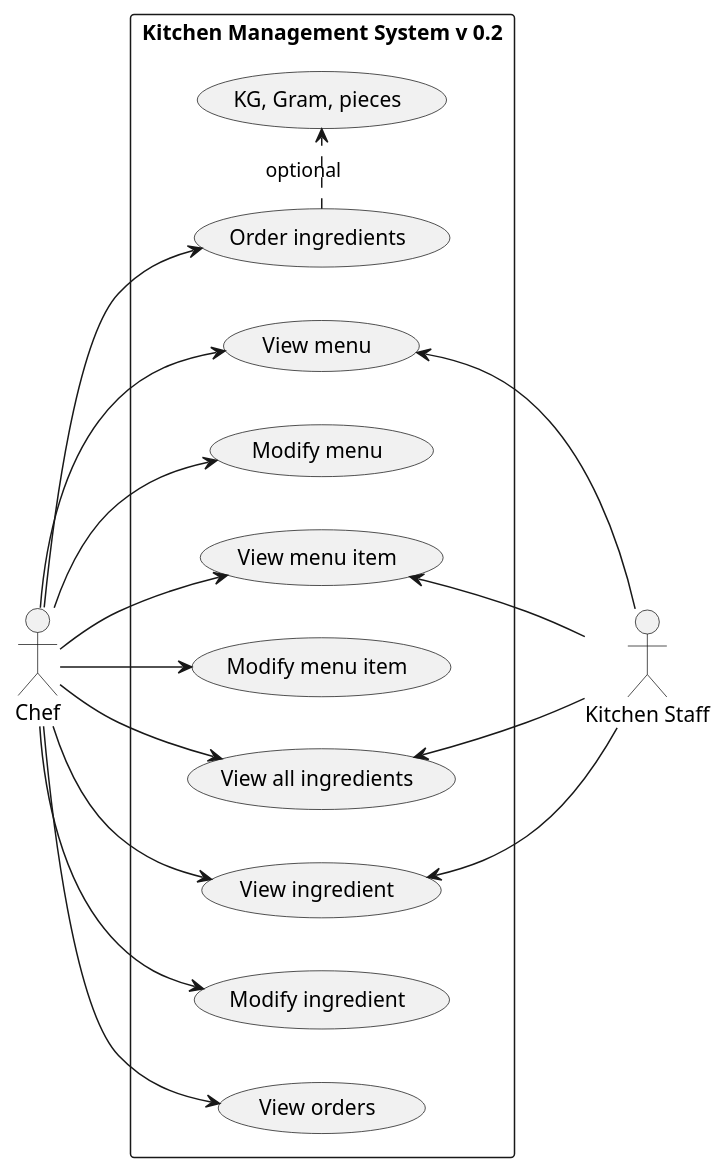
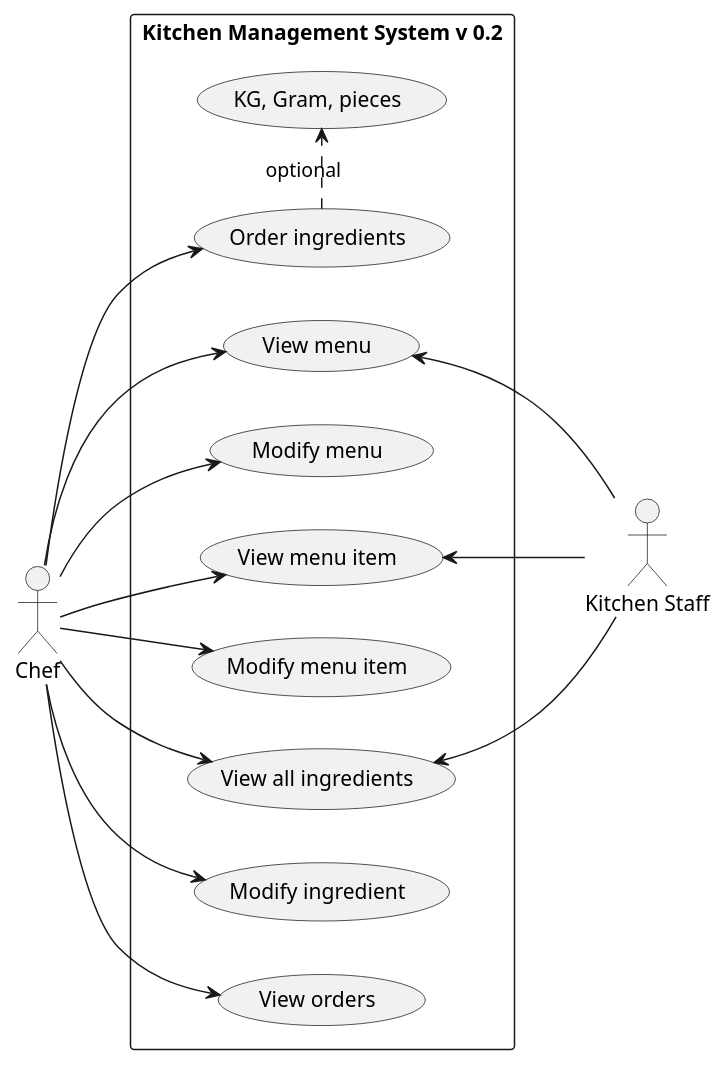
The diagram in src/main/docs/uml/use-case/restaurant/kitchen.puml (mrjink/molveno), drawn with PlantUML before and after one commit.

Commit message:
Removed view ingredient

```diff
--- a/src/main/docs/uml/use-case/restaurant/kitchen.puml
+++ b/src/main/docs/uml/use-case/restaurant/kitchen.puml
@@ -1,41 +1,38 @@
 @startuml
 
 left to right direction
 
 actor Chef
 actor "Kitchen Staff" as KS
 
 rectangle "Kitchen Management System v 0.2" {
     (View menu) as (MenuView)
     (Modify menu) as (MenuUpdate)
 
     (View menu item) as (MenuItemView)
     (Modify menu item) as (MenuItemUpdate)
 
     (View all ingredients) as (IngredientAll)
-    (View ingredient) as (IngredientView)
     (Modify ingredient) as (IngredientUpdate)
     (Order ingredients) as (IngredientOrder)
     (View orders) as (KitchenOrderView)
     (KG, Gram, pieces) as (IngredientQuantity)
 
     (IngredientOrder) .> (IngredientQuantity) : optional
 
     Chef --> (MenuView)
     Chef --> (MenuUpdate)
     Chef --> (MenuItemView)
     Chef --> (MenuItemUpdate)
 
     Chef --> (IngredientAll)
-    Chef --> (IngredientView)
     Chef --> (IngredientUpdate)
     Chef --> (IngredientOrder)
     Chef --> (KitchenOrderView)
 
     (MenuView) <-- KS
     (MenuItemView) <-- KS
     (IngredientAll) <-- KS
-    (IngredientView) <-- KS
 }
 
 @enduml
```
